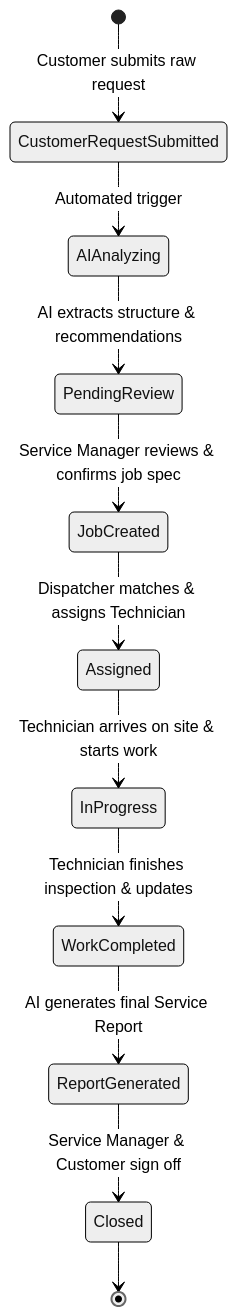
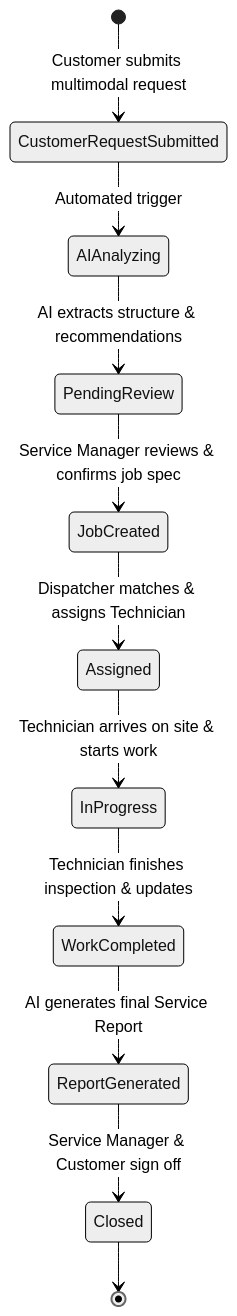
One commit to Devanandfarkade/ServiceForge-AI changed the second of 2 diagrams in docs/PRODUCT_SPEC.md. Above: the diagram before and after it, drawn with Mermaid (neutral theme). The commit also changed other lines of this file and 44 other files, not shown here.

````diff
--- a/docs/PRODUCT_SPEC.md
+++ b/docs/PRODUCT_SPEC.md
@@ -35,13 +79,13 @@
 ```mermaid
 stateDiagram-v2
-    [*] --> CustomerRequestSubmitted: Customer submits raw request
+    [*] --> CustomerRequestSubmitted: Customer submits multimodal request
     CustomerRequestSubmitted --> AIAnalyzing: Automated trigger
     AIAnalyzing --> PendingReview: AI extracts structure & recommendations
     PendingReview --> JobCreated: Service Manager reviews & confirms job spec
     JobCreated --> Assigned: Dispatcher matches & assigns Technician
     Assigned --> InProgress: Technician arrives on site & starts work
     InProgress --> WorkCompleted: Technician finishes inspection & updates
     WorkCompleted --> ReportGenerated: AI generates final Service Report
     ReportGenerated --> Closed: Service Manager & Customer sign off
     Closed --> [*]
 ```
````
